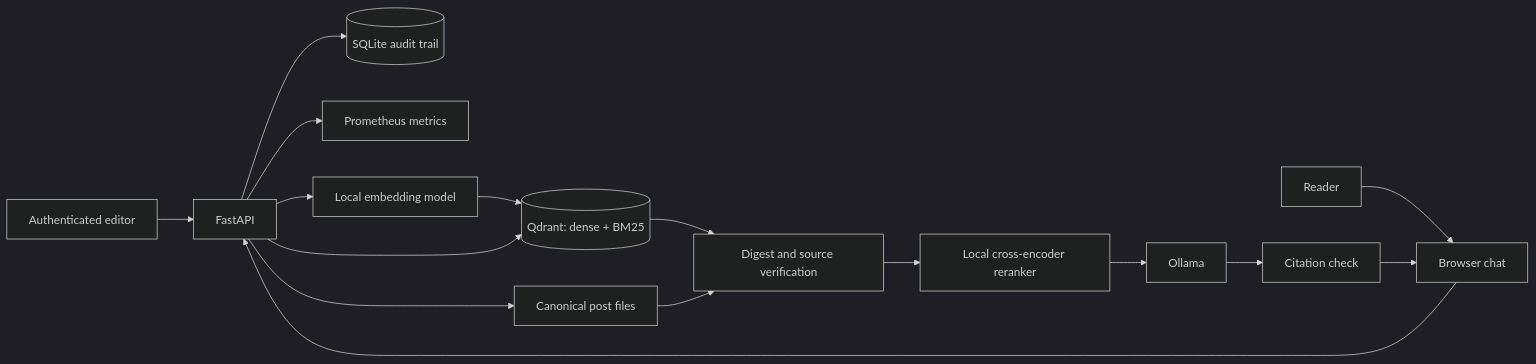
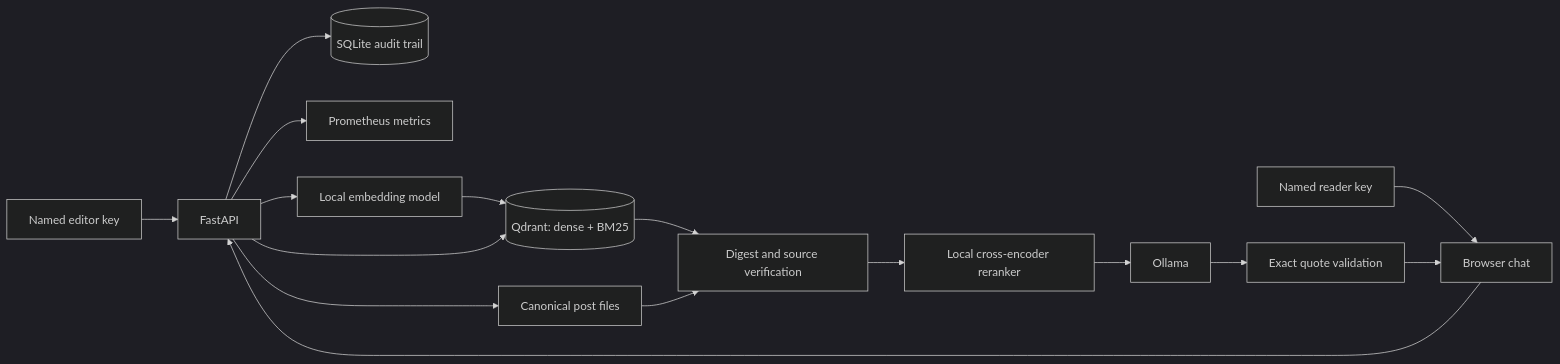
Before and after one commit to sandeep4t/RAG-Agent: the diagram in README.md, drawn with Mermaid (dark theme). The commit also changed other lines of this file and 17 other files, not shown here.

````diff
--- a/README.md
+++ b/README.md
@@ -7,18 +7,18 @@
 ```mermaid
 flowchart LR
-    Editor[Authenticated editor] --> API[FastAPI]
+    Editor[Named editor key] --> API[FastAPI]
     API --> Store[Canonical post files]
     API --> Audit[(SQLite audit trail)]
     API --> Metrics[Prometheus metrics]
     API --> Embed[Local embedding model]
     Embed --> Q[(Qdrant: dense + BM25)]
-    Reader[Reader] --> Chat[Browser chat]
+    Reader[Named reader key] --> Chat[Browser chat]
     Chat --> API
     API --> Q
     Q --> Verify[Digest and source verification]
     Store --> Verify
     Verify --> Rank[Local cross-encoder reranker]
     Rank --> Ollama[Ollama]
-    Ollama --> Cite[Citation check]
-    Cite --> Chat
+    Ollama --> Quotes[Exact quote validation]
+    Quotes --> Chat
 ```
````
